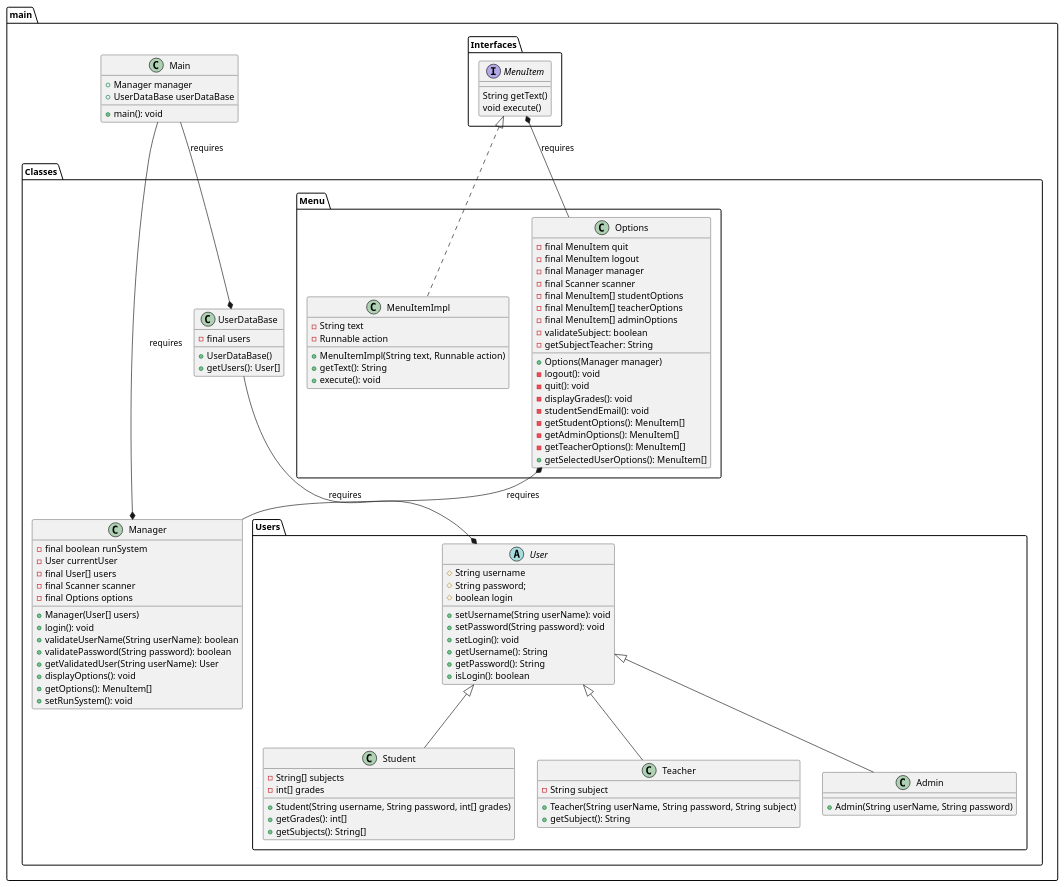
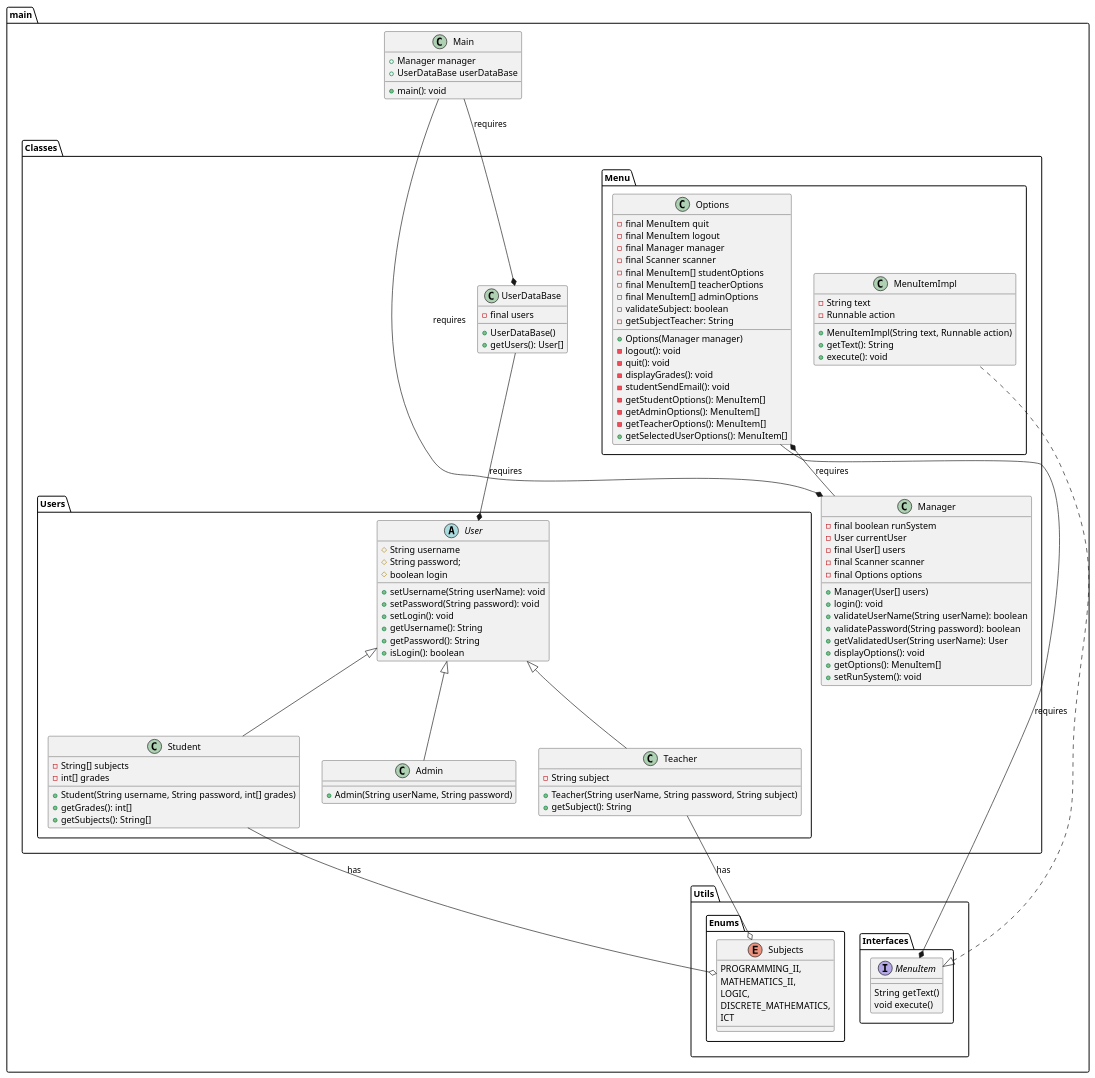
Before and after one commit to mmasias/progra2-22-23: the diagram in ejercicios/entregas/javierCader/EX002UserManagement/docs/Documentation.puml, drawn with PlantUML. The commit also changed 9 other files, not shown here.

Commit message:
feat(enum): Added Subject Enums

```diff
--- a/ejercicios/entregas/javierCader/EX002UserManagement/docs/Documentation.puml
+++ b/ejercicios/entregas/javierCader/EX002UserManagement/docs/Documentation.puml
@@ -1,105 +1,119 @@
 @startuml
 folder main {
     class Main {
         +Manager manager
         +UserDataBase userDataBase
         +main(): void
     }
-    package Interfaces {
-        interface MenuItem {
-            String getText()
-            void execute()
+    package Utils {
+        package Interfaces {
+            interface MenuItem {
+                String getText()
+                void execute()
+            }
+        }
+        package Enums {
+            enum Subjects {
+                PROGRAMMING_II,
+                MATHEMATICS_II,
+                LOGIC,
+                DISCRETE_MATHEMATICS,
+                ICT
+            }
         }
     }
+
     package Classes {
         package Menu {
             class Options {
                 -final MenuItem quit
                 -final MenuItem logout
                 -final Manager manager
                 -final Scanner scanner
                 -final MenuItem[] studentOptions
                 -final MenuItem[] teacherOptions
                 -final MenuItem[] adminOptions
                 +Options(Manager manager)
                 -logout(): void
                 -quit(): void
                 -displayGrades(): void
                 -studentSendEmail(): void
                 -validateSubject: boolean
                 -getSubjectTeacher: String
                 -getStudentOptions(): MenuItem[]
                 -getAdminOptions(): MenuItem[]
                 -getTeacherOptions(): MenuItem[]
                 +getSelectedUserOptions(): MenuItem[]
             }
-            class MenuItemImpl implements main.Interfaces.MenuItem {
+            class MenuItemImpl implements main.Utils.Interfaces.MenuItem {
                 -String text
                 -Runnable action
                 +MenuItemImpl(String text, Runnable action)
                 +getText(): String
                 +execute(): void
             }
         }
         package Users {
             abstract class User {
                 #String username
                 #String password;
                 #boolean login
                 +setUsername(String userName): void
                 +setPassword(String password): void
                 +setLogin(): void
                 +getUsername(): String
                 +getPassword(): String
                 +isLogin(): boolean
             }
             class Student extends User {
                 -String[] subjects
                 -int[] grades
                 +Student(String username, String password, int[] grades)
                 +getGrades(): int[]
                 +getSubjects(): String[]
             }
             class Teacher extends User {
                 -String subject
                 +Teacher(String userName, String password, String subject)
                 +getSubject(): String
             }
             class Admin extends User {
                 +Admin(String userName, String password)
             }
         }
         class Manager {
             -final boolean runSystem
             -User currentUser
             -final User[] users
             -final Scanner scanner
             -final Options options
             +Manager(User[] users)
             +login(): void
             +validateUserName(String userName): boolean
             +validatePassword(String password): boolean
             +getValidatedUser(String userName): User
             +displayOptions(): void
             +getOptions(): MenuItem[]
             +setRunSystem(): void
         }
         class UserDataBase {
             -final users
             +UserDataBase()
             +getUsers(): User[]
         }
 
 
     }
     Main --*  Manager : requires
     Main --*  UserDataBase : requires
     UserDataBase --*  User : requires
+    Student --o main.Utils.Enums.Subjects : has
+    Teacher --o main.Utils.Enums.Subjects : has
     Options *--  Manager : requires
-    Options --*  main.Interfaces.MenuItem : requires
+    Options --*  main.Utils.Interfaces.MenuItem : requires
 
 
 
 }
 
 @enduml
```
